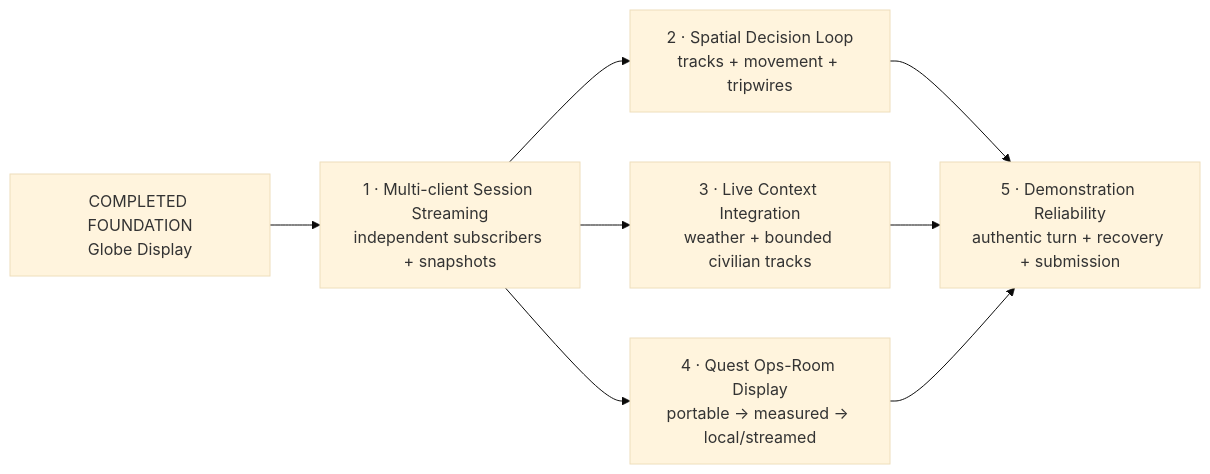
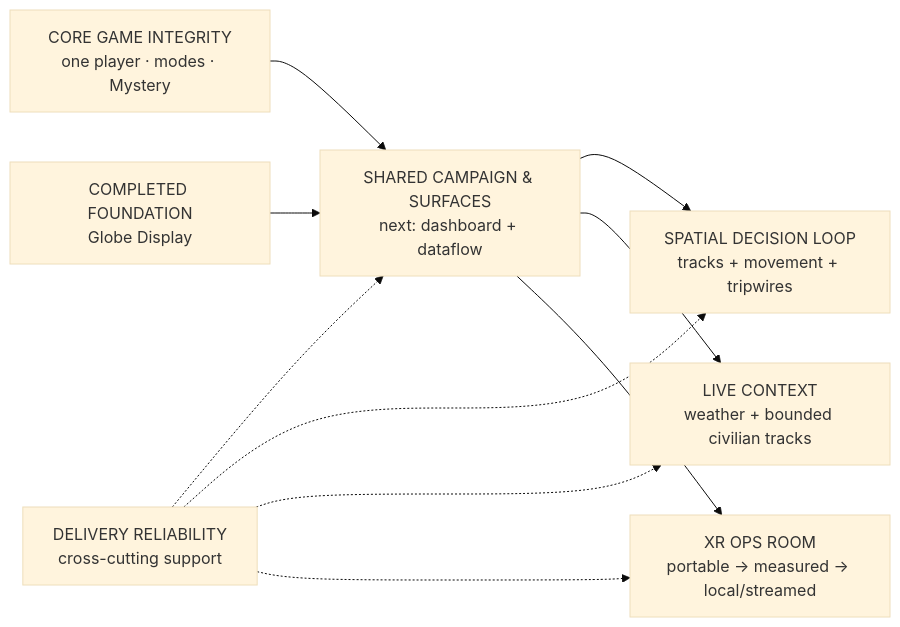
One commit to earlyprototype/false-flag changed the sixth of 6 diagrams in docs/XR_GLOBE_COMPONENT_MAP.md. Above: the diagram before and after it, drawn with Mermaid (base theme). The commit also changed other lines of this file and 14 other files, not shown here.

Commit message:
docs: align recovery around the game

````diff
--- a/docs/XR_GLOBE_COMPONENT_MAP.md
+++ b/docs/XR_GLOBE_COMPONENT_MAP.md
@@ -136,17 +136,20 @@
 ```mermaid
 flowchart LR
+  CORE["CORE GAME INTEGRITY\none player · modes · Mystery"]
   DONE["COMPLETED FOUNDATION\nGlobe Display"]
-  S1["1 · Multi-client Session Streaming\nindependent subscribers + snapshots"]
-  S2["2 · Spatial Decision Loop\ntracks + movement + tripwires"]
-  S3["3 · Live Context Integration\nweather + bounded civilian tracks"]
-  S4["4 · Quest Ops-Room Display\nportable → measured → local/streamed"]
-  S5["5 · Demonstration Reliability\nauthentic turn + recovery + submission"]
+  SHARED["SHARED CAMPAIGN & SURFACES\nnext: dashboard + dataflow"]
+  SPATIAL["SPATIAL DECISION LOOP\ntracks + movement + tripwires"]
+  LIVE2["LIVE CONTEXT\nweather + bounded civilian tracks"]
+  XR["XR OPS ROOM\nportable → measured → local/streamed"]
+  REL["DELIVERY RELIABILITY\ncross-cutting support"]
 
-  DONE --> S1
-  S1 --> S2
-  S1 --> S3
-  S1 --> S4
-  S2 --> S5
-  S3 --> S5
-  S4 --> S5
+  CORE --> SHARED
+  DONE --> SHARED
+  SHARED --> SPATIAL
+  SHARED --> LIVE2
+  SHARED --> XR
+  REL -.-> SHARED
+  REL -.-> SPATIAL
+  REL -.-> LIVE2
+  REL -.-> XR
 ```
````
